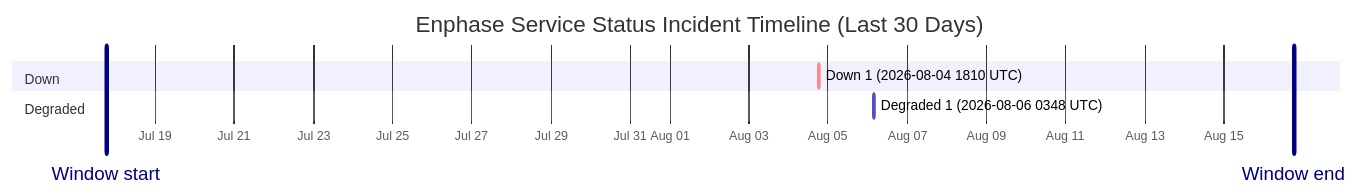
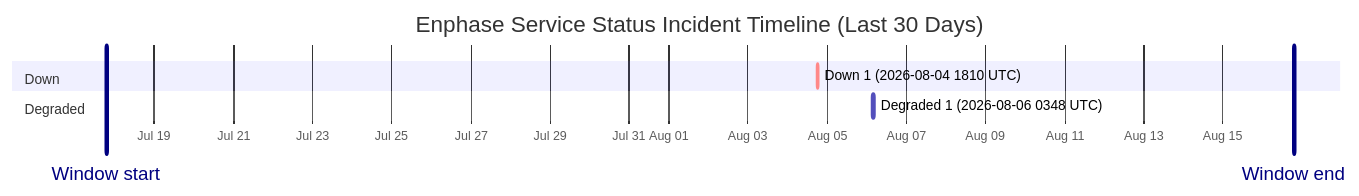
Before and after one commit to barneyonline/ha-enphase-energy: the diagram in wiki/Service-Status-History.md, drawn with Mermaid. The commit also changed other lines of this file and 3 other files, not shown here.

````diff
--- a/wiki/Service-Status-History.md
+++ b/wiki/Service-Status-History.md
@@ -14,12 +14,12 @@
 ```mermaid
 gantt
     title Enphase Service Status Incident Timeline (Last 30 Days)
     dateFormat  YYYY-MM-DDTHH:mm:ss
     axisFormat  %b %d
-    Window start :vert, window-start, 2026-07-17T18:25:36, 0ms
-    Window end :vert, window-end, 2026-08-16T18:25:36, 0ms
+    Window start :vert, window-start, 2026-07-17T18:55:31, 0ms
+    Window end :vert, window-end, 2026-08-16T18:55:31, 0ms
     section Down
     Down 1 (2026-08-04 1810 UTC) :crit, down-1, 2026-08-04T18:10:46, 60m
     section Degraded
     Degraded 1 (2026-08-06 0348 UTC) :active, degraded-1, 2026-08-06T03:48:14, 60m
 ```
````
